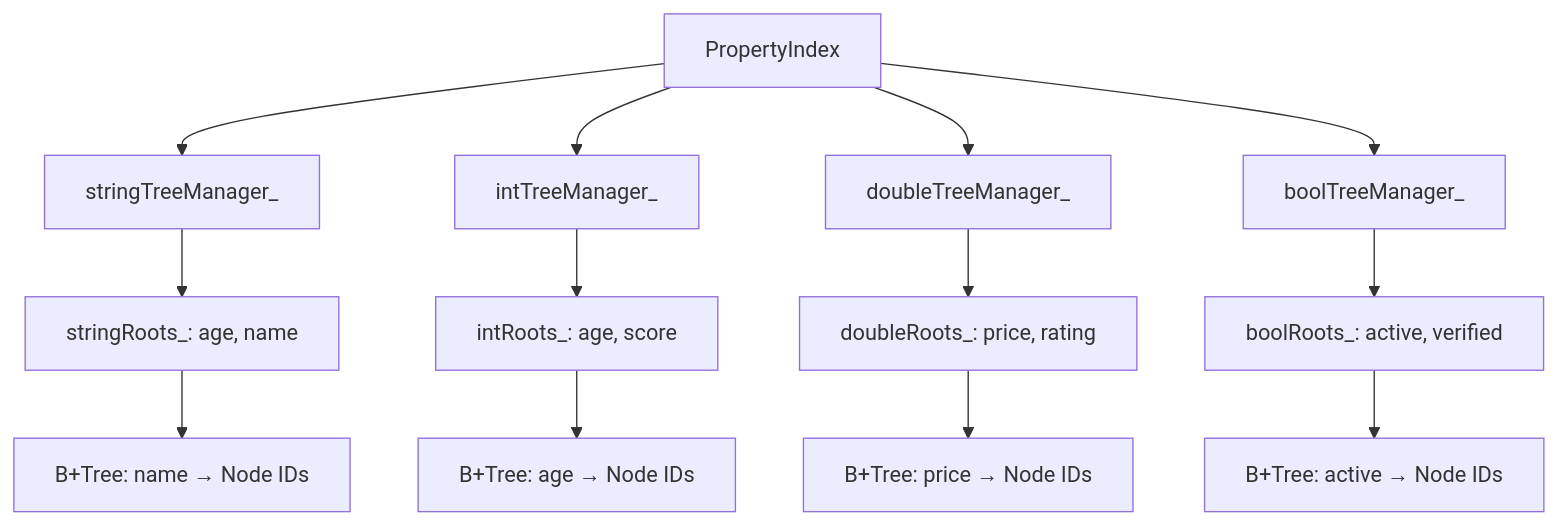
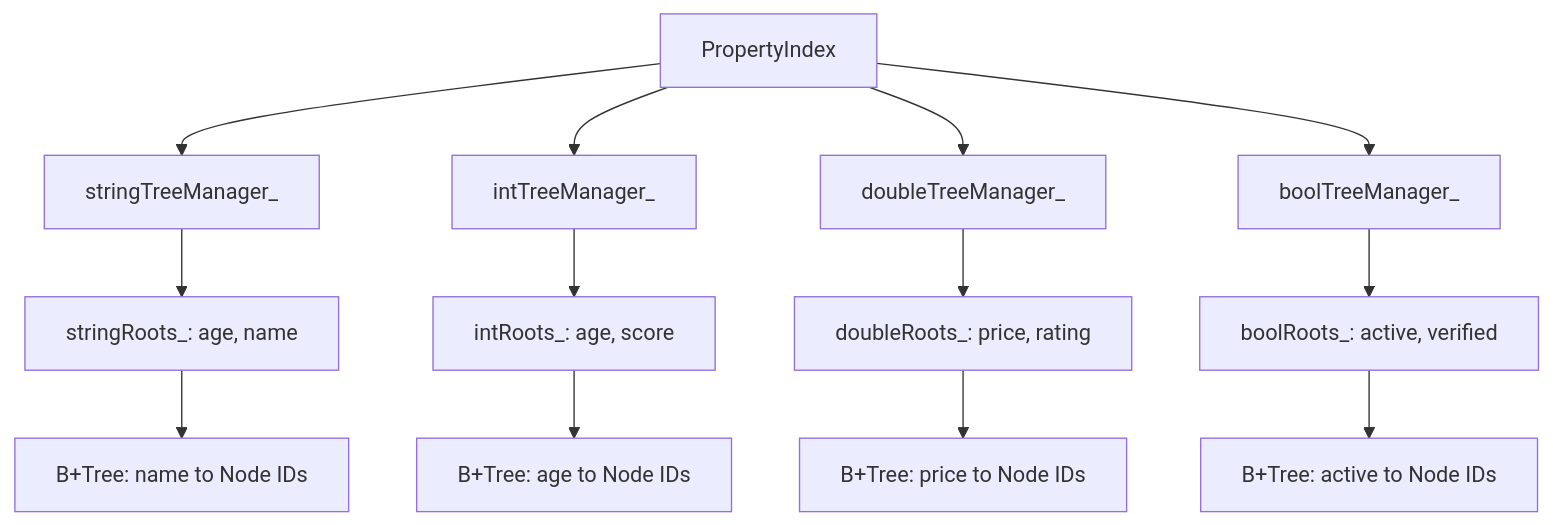
Before and after one commit to nexepic/zyx: the first of 5 diagrams in docs/apps/docs/content/docs/en/zyx/algorithms/property-index.mdx, drawn with Mermaid. The commit also changed other lines of this file and 73 other files, not shown here.

````diff
--- a/docs/apps/docs/content/docs/en/zyx/algorithms/property-index.mdx
+++ b/docs/apps/docs/content/docs/en/zyx/algorithms/property-index.mdx
@@ -32,17 +34,17 @@
 ```mermaid
 graph TD
     A[PropertyIndex] --> B[stringTreeManager_]
     A --> C[intTreeManager_]
     A --> D[doubleTreeManager_]
     A --> E[boolTreeManager_]
 
     B --> F[stringRoots_: age, name]
     C --> G[intRoots_: age, score]
     D --> H[doubleRoots_: price, rating]
     E --> I[boolRoots_: active, verified]
 
-    F --> J[B+Tree: name → Node IDs]
-    G --> K[B+Tree: age → Node IDs]
-    H --> L[B+Tree: price → Node IDs]
-    I --> M[B+Tree: active → Node IDs]
+    F --> J[B+Tree: name to Node IDs]
+    G --> K[B+Tree: age to Node IDs]
+    H --> L[B+Tree: price to Node IDs]
+    I --> M[B+Tree: active to Node IDs]
 ```
````
